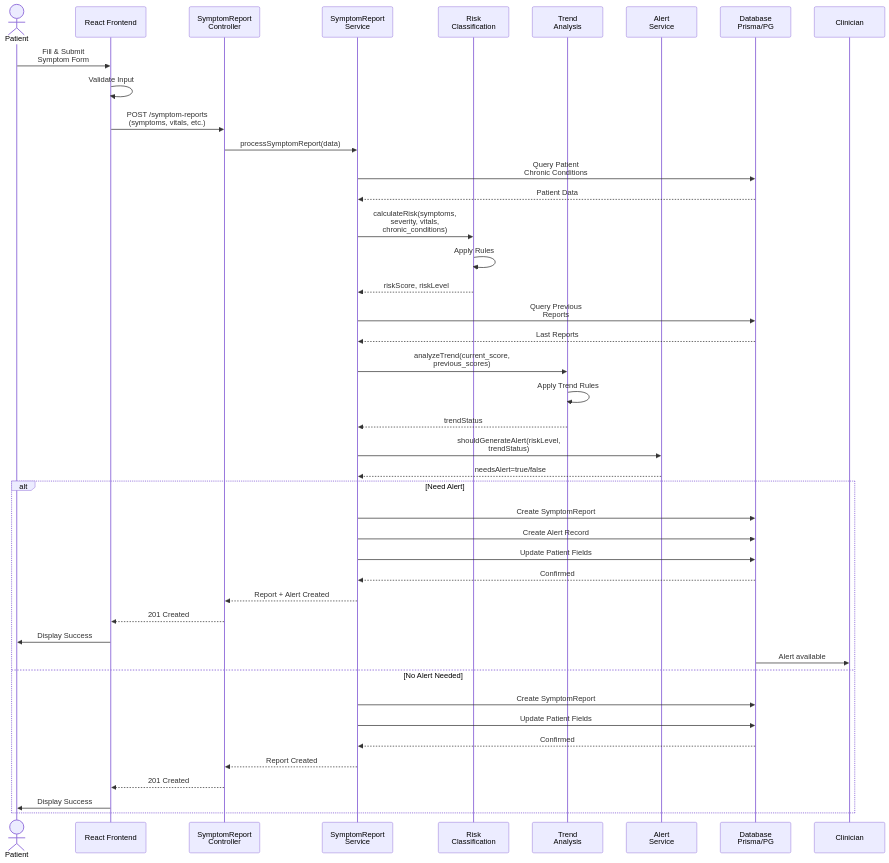
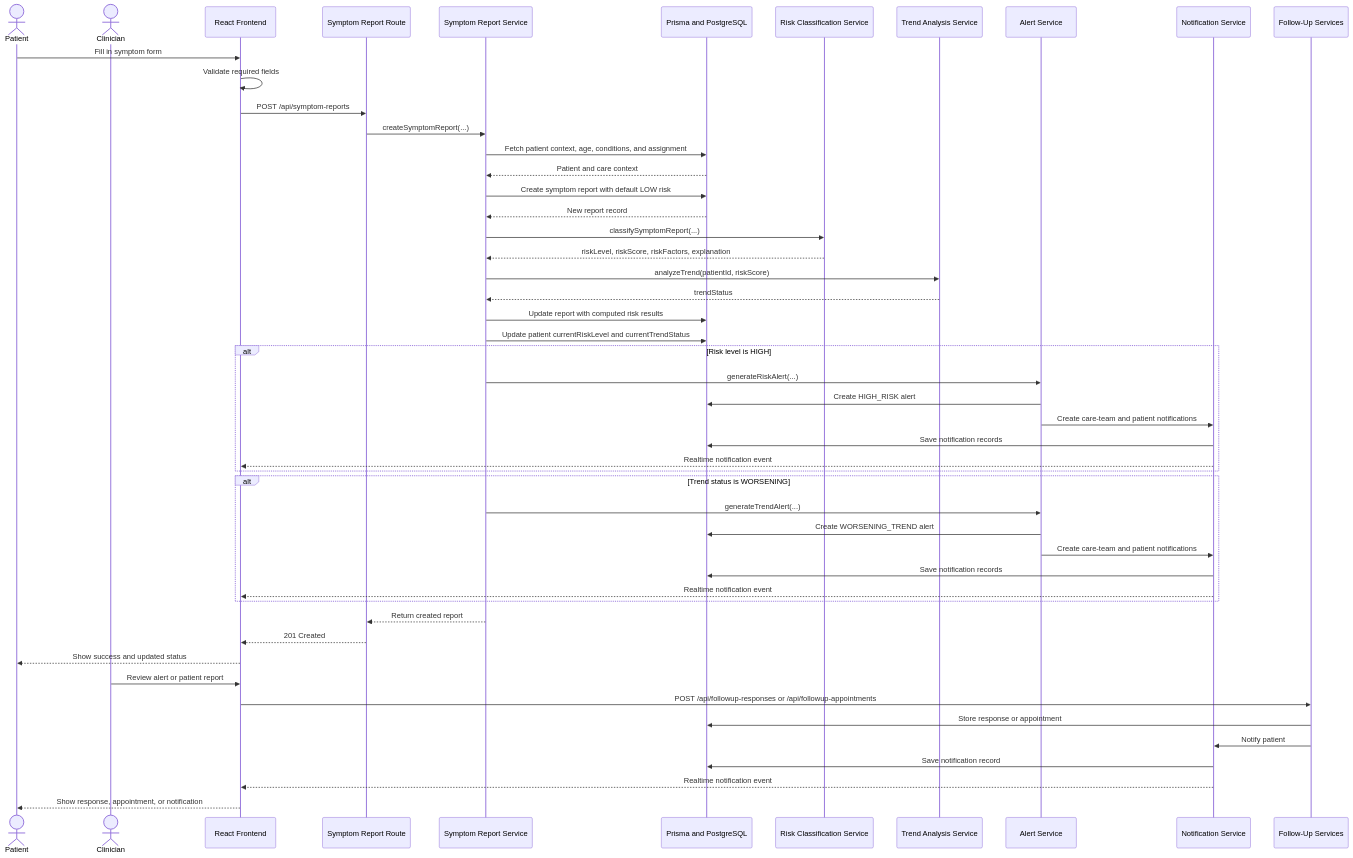
The second of 6 diagrams in CHAPTER_4_ANALYSIS_AND_DESIGN.md (Mkayzw/backend), drawn with Mermaid before and after one commit. The commit also changed other lines of this file and 53 other files, not shown here.

````diff
--- a/CHAPTER_4_ANALYSIS_AND_DESIGN.md
+++ b/CHAPTER_4_ANALYSIS_AND_DESIGN.md
@@ -153,55 +191,62 @@
 ```mermaid
 sequenceDiagram
     actor Patient
+    actor Clinician
     participant Frontend as React Frontend
-    participant Controller as SymptomReport<br/>Controller
-    participant Service as SymptomReport<br/>Service
-    participant RiskSvc as Risk<br/>Classification
-    participant TrendSvc as Trend<br/>Analysis
-    participant AlertSvc as Alert<br/>Service
-    participant DB as Database<br/>Prisma/PG
-    participant Clinician
-    
-    Patient->>Frontend: Fill & Submit<br/>Symptom Form
-    Frontend->>Frontend: Validate Input
-    Frontend->>Controller: POST /symptom-reports<br/>(symptoms, vitals, etc.)
-    
-    Controller->>Service: processSymptomReport(data)
-    
-    Service->>DB: Query Patient<br/>Chronic Conditions
-    DB-->>Service: Patient Data
-    
-    Service->>RiskSvc: calculateRisk(symptoms,<br/>severity, vitals,<br/>chronic_conditions)
-    
-    RiskSvc->>RiskSvc: Apply Rules
-    RiskSvc-->>Service: riskScore, riskLevel
-    
-    Service->>DB: Query Previous<br/>Reports
-    DB-->>Service: Last Reports
-    
-    Service->>TrendSvc: analyzeTrend(current_score,<br/>previous_scores)
-    
-    TrendSvc->>TrendSvc: Apply Trend Rules
-    TrendSvc-->>Service: trendStatus
-    
-    Service->>AlertSvc: shouldGenerateAlert(riskLevel,<br/>trendStatus)
-    AlertSvc-->>Service: needsAlert=true/false
-    
-    alt Need Alert
-        Service->>DB: Create SymptomReport
-        Service->>DB: Create Alert Record
-        Service->>DB: Update Patient Fields
-        DB-->>Service: Confirmed
-        Service-->>Controller: Report + Alert Created
-        Controller-->>Frontend: 201 Created
-        Frontend->>Patient: Display Success
-        DB->>Clinician: Alert available
-    else No Alert Needed
-        Service->>DB: Create SymptomReport
-        Service->>DB: Update Patient Fields
-        DB-->>Service: Confirmed
-        Service-->>Controller: Report Created
-        Controller-->>Frontend: 201 Created
-        Frontend->>Patient: Display Success
+    participant Route as Symptom Report Route
+    participant Service as Symptom Report Service
+    participant DB as Prisma and PostgreSQL
+    participant Risk as Risk Classification Service
+    participant Trend as Trend Analysis Service
+    participant Alert as Alert Service
+    participant Notify as Notification Service
+    participant FollowUp as Follow-Up Services
+
+    Patient->>Frontend: Fill in symptom form
+    Frontend->>Frontend: Validate required fields
+    Frontend->>Route: POST /api/symptom-reports
+    Route->>Service: createSymptomReport(...)
+
+    Service->>DB: Fetch patient context, age, conditions, and assignment
+    DB-->>Service: Patient and care context
+
+    Service->>DB: Create symptom report with default LOW risk
+    DB-->>Service: New report record
+
+    Service->>Risk: classifySymptomReport(...)
+    Risk-->>Service: riskLevel, riskScore, riskFactors, explanation
+
+    Service->>Trend: analyzeTrend(patientId, riskScore)
+    Trend-->>Service: trendStatus
+
+    Service->>DB: Update report with computed risk results
+    Service->>DB: Update patient currentRiskLevel and currentTrendStatus
+
+    alt Risk level is HIGH
+        Service->>Alert: generateRiskAlert(...)
+        Alert->>DB: Create HIGH_RISK alert
+        Alert->>Notify: Create care-team and patient notifications
+        Notify->>DB: Save notification records
+        Notify-->>Frontend: Realtime notification event
     end
+
+    alt Trend status is WORSENING
+        Service->>Alert: generateTrendAlert(...)
+        Alert->>DB: Create WORSENING_TREND alert
+        Alert->>Notify: Create care-team and patient notifications
+        Notify->>DB: Save notification records
+        Notify-->>Frontend: Realtime notification event
+    end
+
+    Service-->>Route: Return created report
+    Route-->>Frontend: 201 Created
+    Frontend-->>Patient: Show success and updated status
+
+    Clinician->>Frontend: Review alert or patient report
+    Frontend->>FollowUp: POST /api/followup-responses or /api/followup-appointments
+    FollowUp->>DB: Store response or appointment
+    FollowUp->>Notify: Notify patient
+    Notify->>DB: Save notification record
+    Notify-->>Frontend: Realtime notification event
+    Frontend-->>Patient: Show response, appointment, or notification
 ```
````
